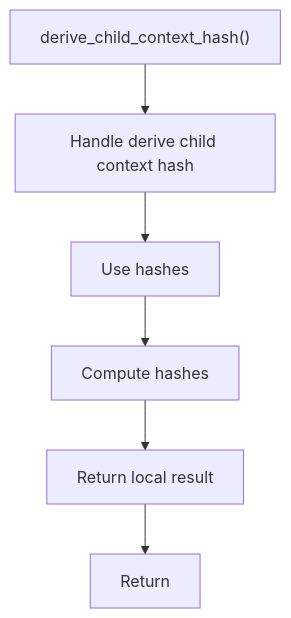
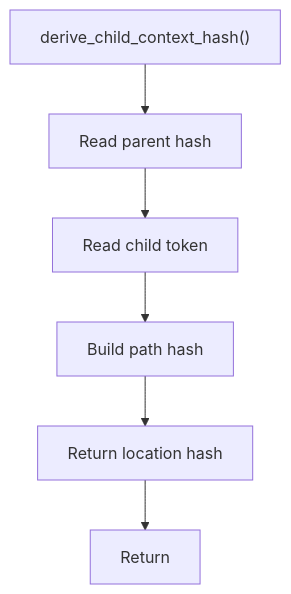
The diagram in docs/Codebase/Microservice/Modules/Source/HashingMechanism/ReverseMerkle/Flow/functions/derive_child_context_hash.cpp.md (JohnAndrewBalbarosa/NeoTerritory), drawn with Mermaid before and after one commit. The commit also changed other lines of this file and 147 other files, not shown here.

````diff
--- a/docs/Codebase/Microservice/Modules/Source/HashingMechanism/ReverseMerkle/Flow/functions/derive_child_context_hash.cpp.md
+++ b/docs/Codebase/Microservice/Modules/Source/HashingMechanism/ReverseMerkle/Flow/functions/derive_child_context_hash.cpp.md
@@ -18,14 +24,14 @@
 ```mermaid
 flowchart TD
     Start["derive_child_context_hash()"]
-    N0["Handle derive child context hash"]
-    N1["Use hashes"]
-    N2["Compute hashes"]
-    N3["Return local result"]
+    N0["Read parent hash"]
+    N1["Read child token"]
+    N2["Build path hash"]
+    N3["Return location hash"]
     End["Return"]
     Start --> N0
     N0 --> N1
     N1 --> N2
     N2 --> N3
     N3 --> End
 ```
````
